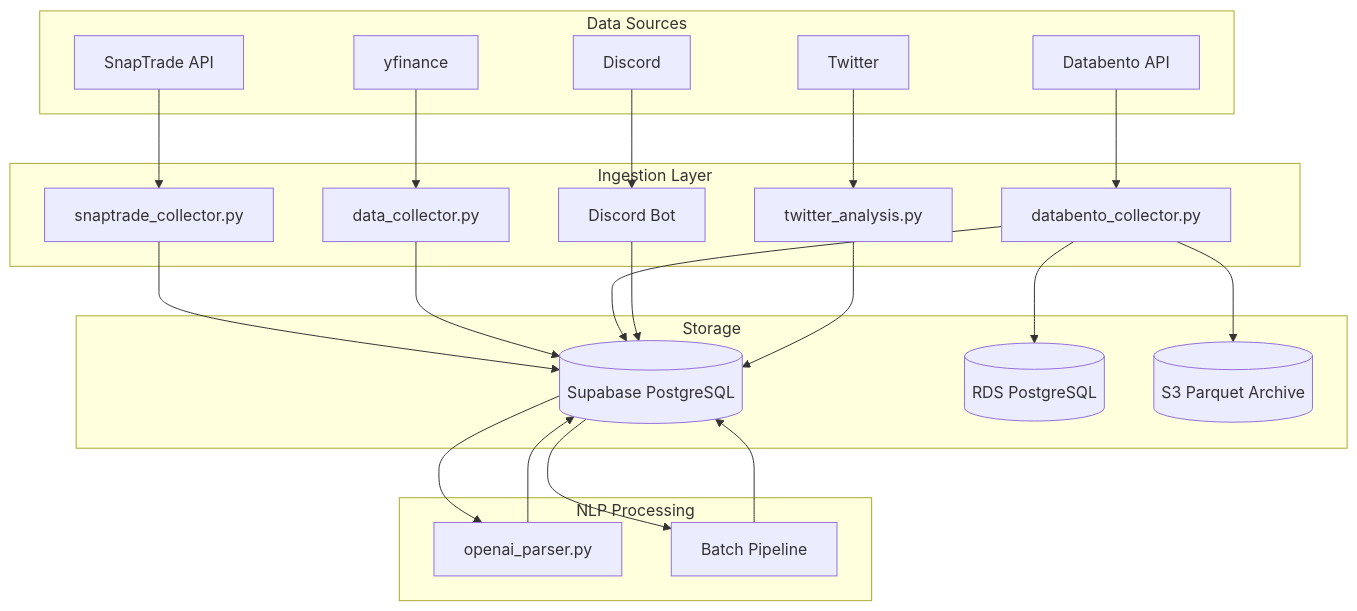
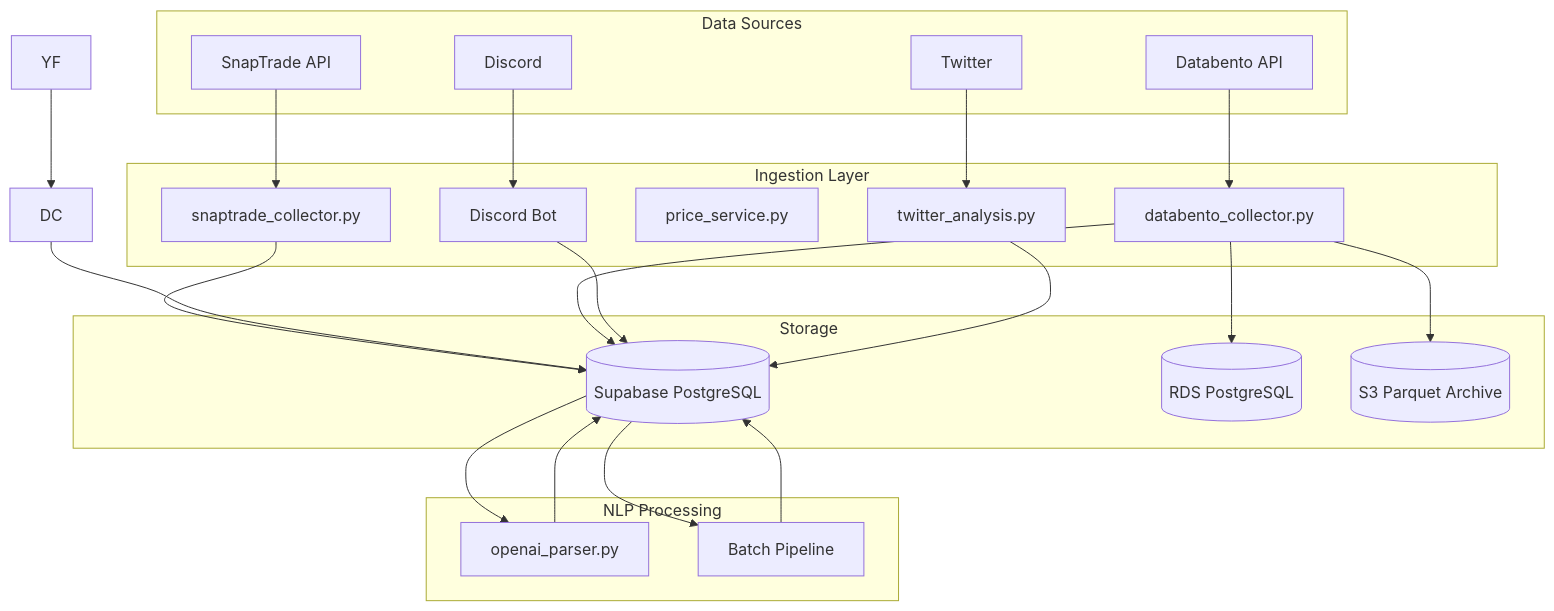
Before and after one commit to qmyhd/LLM-portfolio-project: the diagram in docs/CODEBASE_MAP.md, drawn with Mermaid. The commit also changed other lines of this file and 17 other files, not shown here.

````diff
--- a/docs/CODEBASE_MAP.md
+++ b/docs/CODEBASE_MAP.md
@@ -112,40 +112,39 @@
 ```mermaid
 graph TD
     subgraph Data Sources
         ST[SnapTrade API]
-        YF[yfinance]
         DB_API[Databento API]
         DIS[Discord]
         TW[Twitter]
     end
 
     subgraph Ingestion Layer
         SC[snaptrade_collector.py]
-        DC[data_collector.py]
         DBC[databento_collector.py]
+        PS[price_service.py]
         BOT[Discord Bot]
         TA[twitter_analysis.py]
     end
 
     subgraph Storage
         DB[(Supabase PostgreSQL)]
         RDS[(RDS PostgreSQL)]
         S3[(S3 Parquet Archive)]
     end
 
     subgraph NLP Processing
         NLP[openai_parser.py]
         BATCH[Batch Pipeline]
     end
 
     ST --> SC --> DB
     YF --> DC --> DB
     DB_API --> DBC --> RDS
     DBC --> S3
     DBC --> DB
     DIS --> BOT --> DB
     TW --> TA --> DB
     
     DB --> NLP --> DB
     DB --> BATCH --> DB
 ```
````
